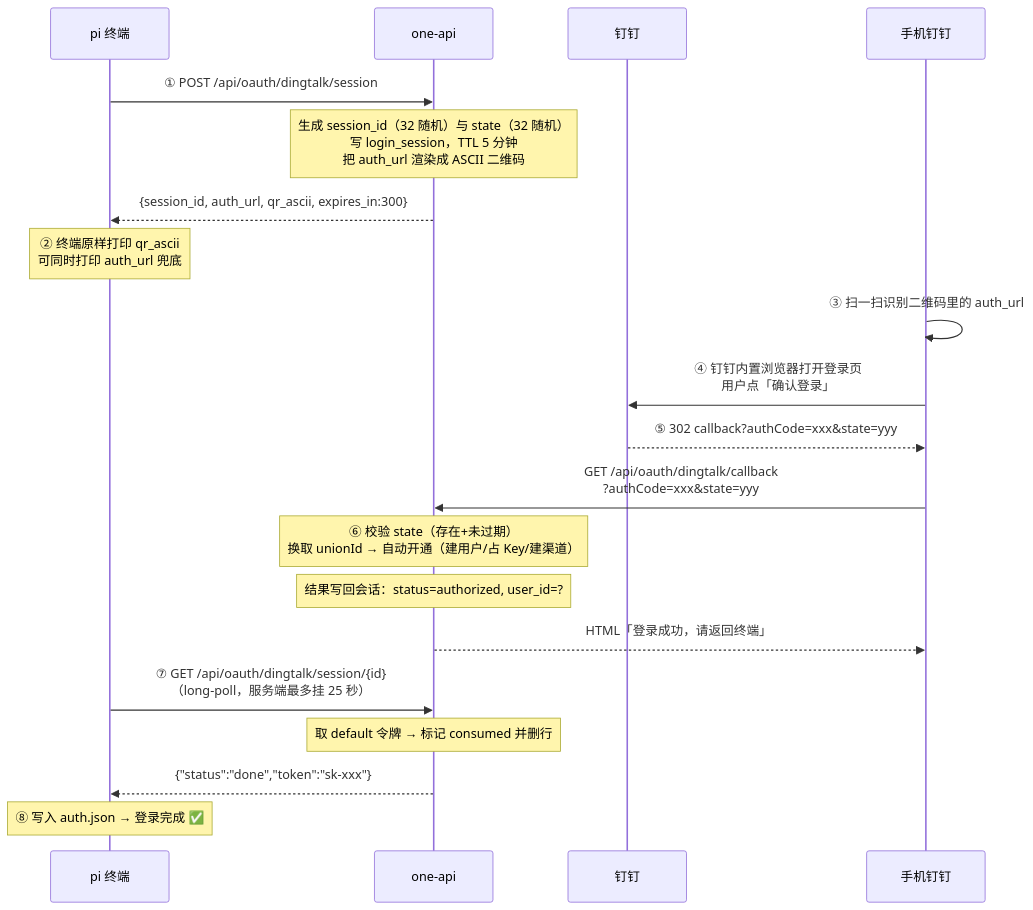
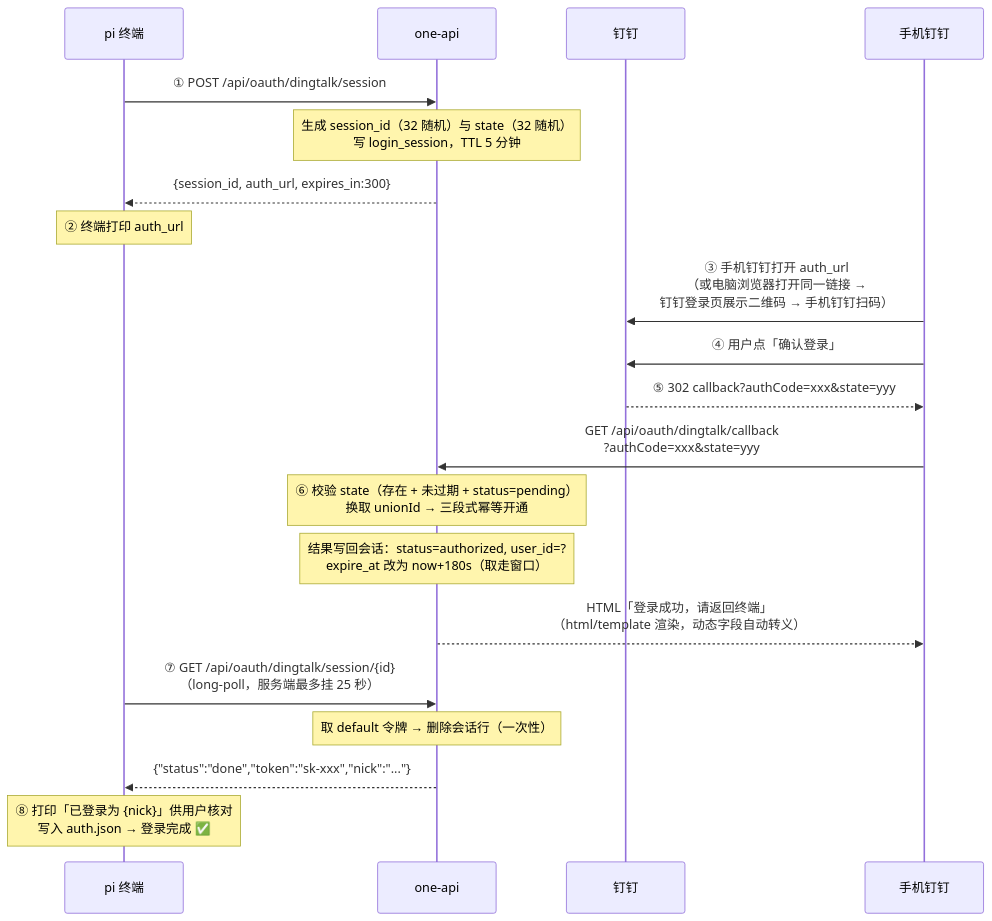
Before and after one commit to Anthonybuer182/one-api: the second of 3 diagrams in auth_api_plan2.md, drawn with Mermaid. The commit also changed other lines of this file, not shown here.

Commit message:
modify auth_api_plan2

````diff
--- a/auth_api_plan2.md
+++ b/auth_api_plan2.md
@@ -96,23 +108,23 @@
 ```mermaid
 sequenceDiagram
     participant C as pi 终端
     participant S as one-api
     participant D as 钉钉
     participant M as 手机钉钉
 
     C->>S: ① POST /api/oauth/dingtalk/session
-    Note over S: 生成 session_id（32 随机）与 state（32 随机）<br/>写 login_session，TTL 5 分钟<br/>把 auth_url 渲染成 ASCII 二维码
-    S-->>C: {session_id, auth_url, qr_ascii, expires_in:300}
-    Note over C: ② 终端原样打印 qr_ascii<br/>可同时打印 auth_url 兜底
-    M->>M: ③ 扫一扫识别二维码里的 auth_url
-    M->>D: ④ 钉钉内置浏览器打开登录页<br/>用户点「确认登录」
+    Note over S: 生成 session_id（32 随机）与 state（32 随机）<br/>写 login_session，TTL 5 分钟
+    S-->>C: {session_id, auth_url, expires_in:300}
+    Note over C: ② 终端打印 auth_url
+    M->>D: ③ 手机钉钉打开 auth_url<br/>（或电脑浏览器打开同一链接 →<br/>钉钉登录页展示二维码 → 手机钉钉扫码）
+    M->>D: ④ 用户点「确认登录」
     D-->>M: ⑤ 302 callback?authCode=xxx&state=yyy
     M->>S: GET /api/oauth/dingtalk/callback<br/>?authCode=xxx&state=yyy
-    Note over S: ⑥ 校验 state（存在+未过期）<br/>换取 unionId → 自动开通（建用户/占 Key/建渠道）
-    Note over S: 结果写回会话：status=authorized, user_id=?
-    S-->>M: HTML「登录成功，请返回终端」
+    Note over S: ⑥ 校验 state（存在 + 未过期 + status=pending）<br/>换取 unionId → 三段式幂等开通
+    Note over S: 结果写回会话：status=authorized, user_id=?<br/>expire_at 改为 now+180s（取走窗口）
+    S-->>M: HTML「登录成功，请返回终端」<br/>（html/template 渲染，动态字段自动转义）
     C->>S: ⑦ GET /api/oauth/dingtalk/session/{id}<br/>（long-poll，服务端最多挂 25 秒）
-    Note over S: 取 default 令牌 → 标记 consumed 并删行
-    S-->>C: {"status":"done","token":"sk-xxx"}
-    Note over C: ⑧ 写入 auth.json → 登录完成 ✅
+    Note over S: 取 default 令牌 → 删除会话行（一次性）
+    S-->>C: {"status":"done","token":"sk-xxx","nick":"..."}
+    Note over C: ⑧ 打印「已登录为 {nick}」供用户核对<br/>写入 auth.json → 登录完成 ✅
 ```
````
